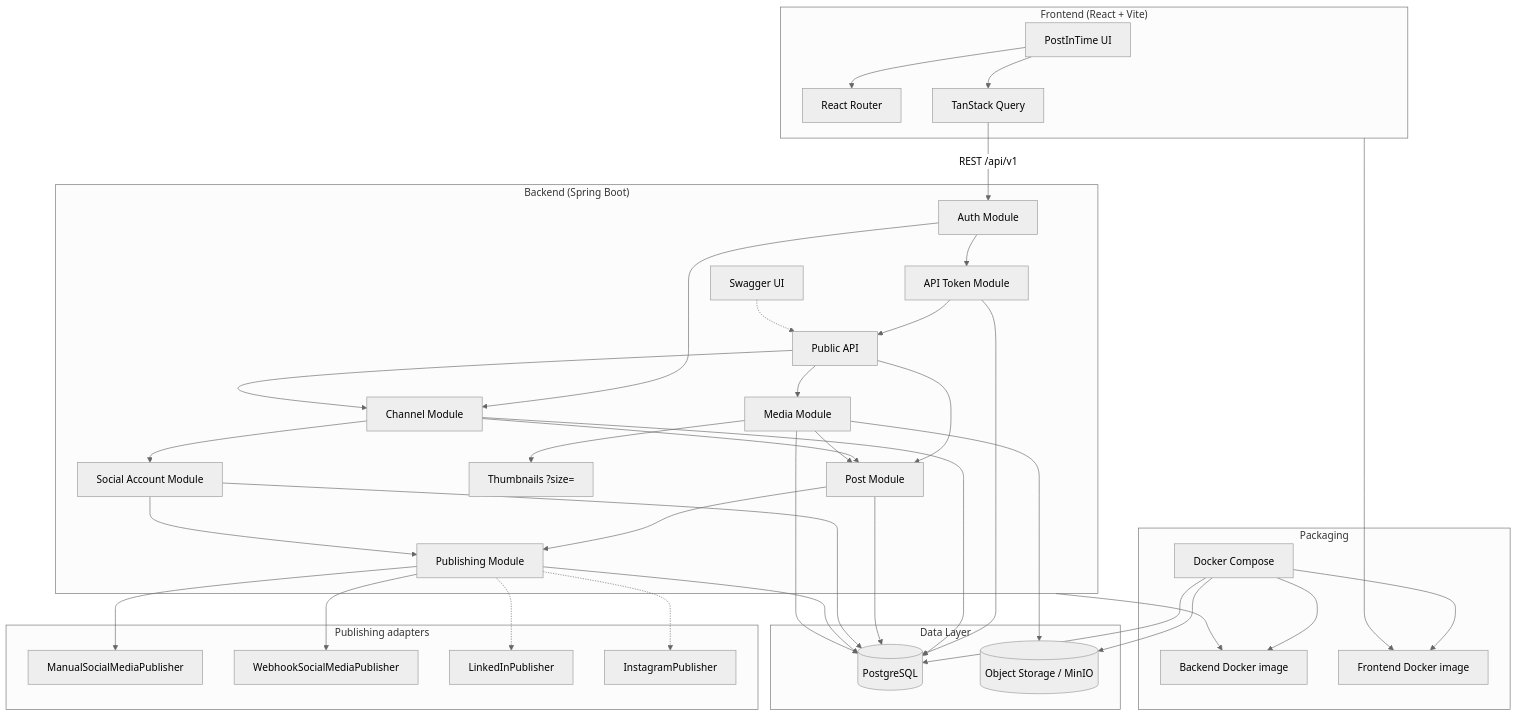
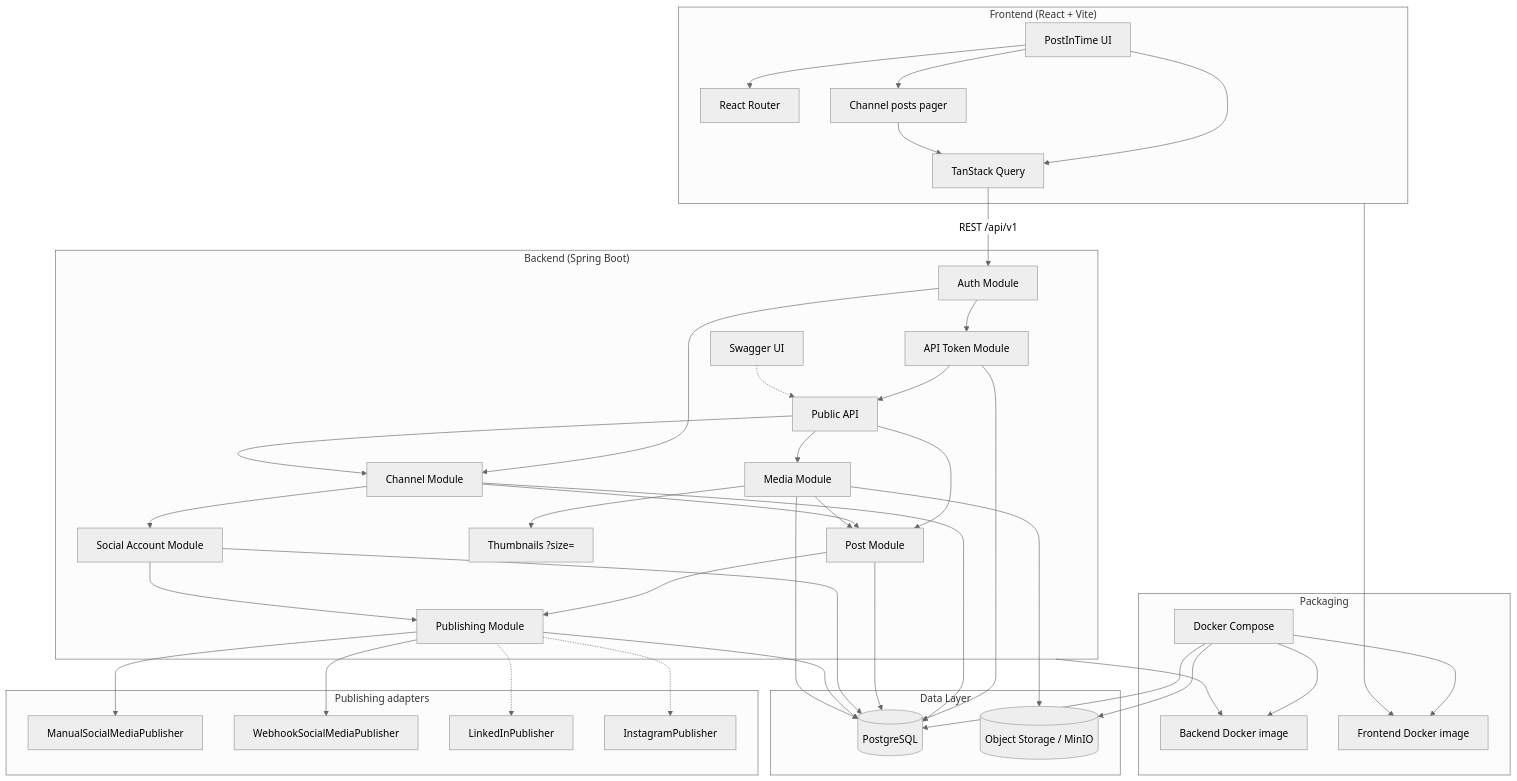
Before and after one commit to anushibinj/postintime: the diagram in product-architecture-flowchart.mmd, drawn with Mermaid (neutral theme). The commit also changed 11 other files, not shown here.

```diff
--- a/product-architecture-flowchart.mmd
+++ b/product-architecture-flowchart.mmd
@@ -1,71 +1,74 @@
 flowchart TB
     subgraph Client["Frontend (React + Vite)"]
         UI[PostInTime UI]
         Router[React Router]
         Query[TanStack Query]
+        PostsPager[Channel posts pager]
         UI --> Router
         UI --> Query
+        UI --> PostsPager
+        PostsPager --> Query
     end
 
     subgraph API["Backend (Spring Boot)"]
         Auth[Auth Module]
         ApiTokens[API Token Module]
         Channels[Channel Module]
         Posts[Post Module]
         Media[Media Module]
         MediaThumbs[Thumbnails ?size=]
         Social[Social Account Module]
         Publishing[Publishing Module]
         Public[Public API]
         Swagger[Swagger UI]
         Auth --> Channels
         Auth --> ApiTokens
         ApiTokens --> Public
         Public --> Channels
         Public --> Posts
         Public --> Media
         Swagger -.-> Public
         Channels --> Posts
         Channels --> Social
         Posts --> Publishing
         Social --> Publishing
         Media --> Posts
         Media --> MediaThumbs
     end
 
     subgraph Data["Data Layer"]
         PG[(PostgreSQL)]
         Storage[(Object Storage / MinIO)]
     end
 
     Query -->|REST /api/v1| Auth
     ApiTokens --> PG
     Channels --> PG
     Posts --> PG
     Social --> PG
     Publishing --> PG
     Media --> Storage
     Media --> PG
 
     subgraph Packaging["Packaging"]
         Compose[Docker Compose]
         BeImage[Backend Docker image]
         FeImage[Frontend Docker image]
         Compose --> BeImage
         Compose --> FeImage
         Compose --> PG
         Compose --> Storage
     end
     API --> BeImage
     Client --> FeImage
 
     subgraph Future["Publishing adapters"]
         Manual[ManualSocialMediaPublisher]
         Webhook[WebhookSocialMediaPublisher]
         LinkedIn[LinkedInPublisher]
         Instagram[InstagramPublisher]
         Publishing --> Manual
         Publishing --> Webhook
         Publishing -.-> LinkedIn
         Publishing -.-> Instagram
     end
```
